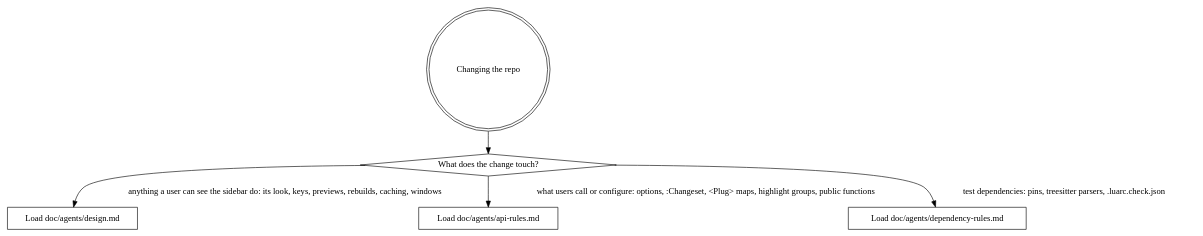
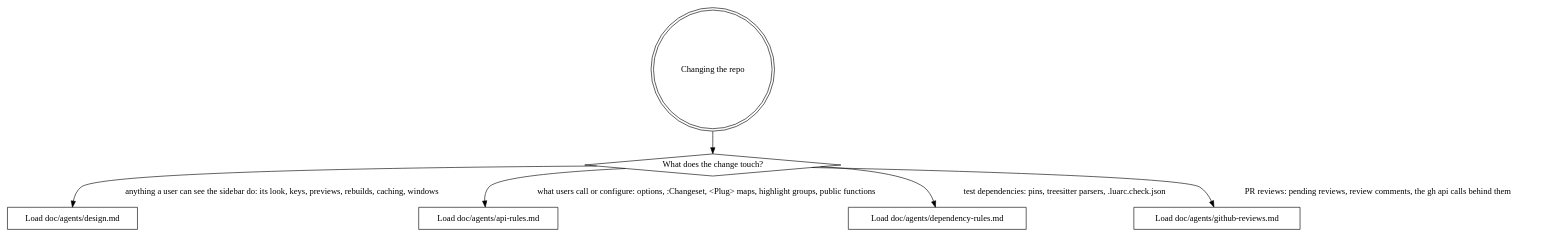
Before and after one commit to macintacos/changeset.nvim: the diagram in AGENTS.md, drawn with Graphviz. The commit also changed 1 other file, not shown here.

Commit message:
docs(agents): record the review sandbox
- Add doc/agents/github-reviews.md with the sandbox PR, its hunks
  next to changeset.Hunk values, and the commands that rebuild it
- Route PR-review changes to the new doc from AGENTS.md

````diff
--- a/AGENTS.md
+++ b/AGENTS.md
@@ -71,13 +71,14 @@
 ```graphviz
 digraph rules_router {
     node [shape=box];
 
     "Changing the repo" [shape=doublecircle];
     "What does the change touch?" [shape=diamond];
 
     "Changing the repo" -> "What does the change touch?";
     "What does the change touch?" -> "Load doc/agents/design.md" [label="anything a user can see the sidebar do: its look, keys, previews, rebuilds, caching, windows"];
     "What does the change touch?" -> "Load doc/agents/api-rules.md" [label="what users call or configure: options, :Changeset, <Plug> maps, highlight groups, public functions"];
     "What does the change touch?" -> "Load doc/agents/dependency-rules.md" [label="test dependencies: pins, treesitter parsers, .luarc.check.json"];
+    "What does the change touch?" -> "Load doc/agents/github-reviews.md" [label="PR reviews: pending reviews, review comments, the gh api calls behind them"];
 }
 ```
````
